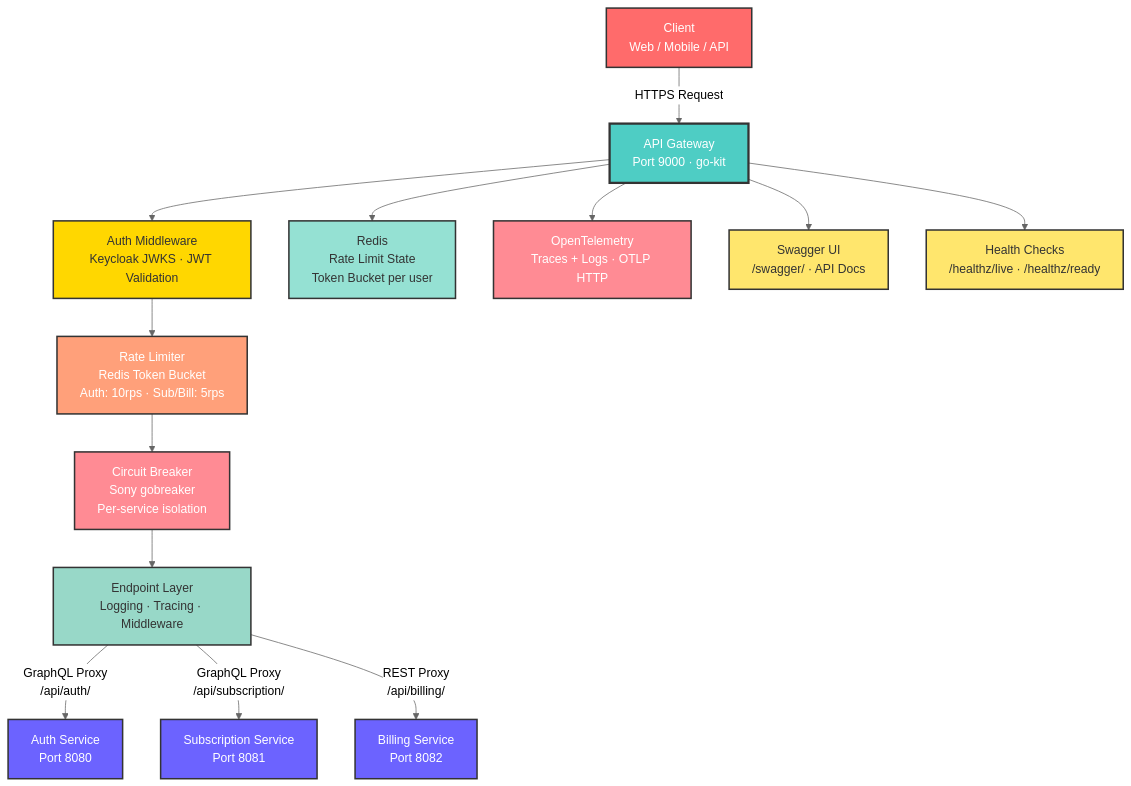
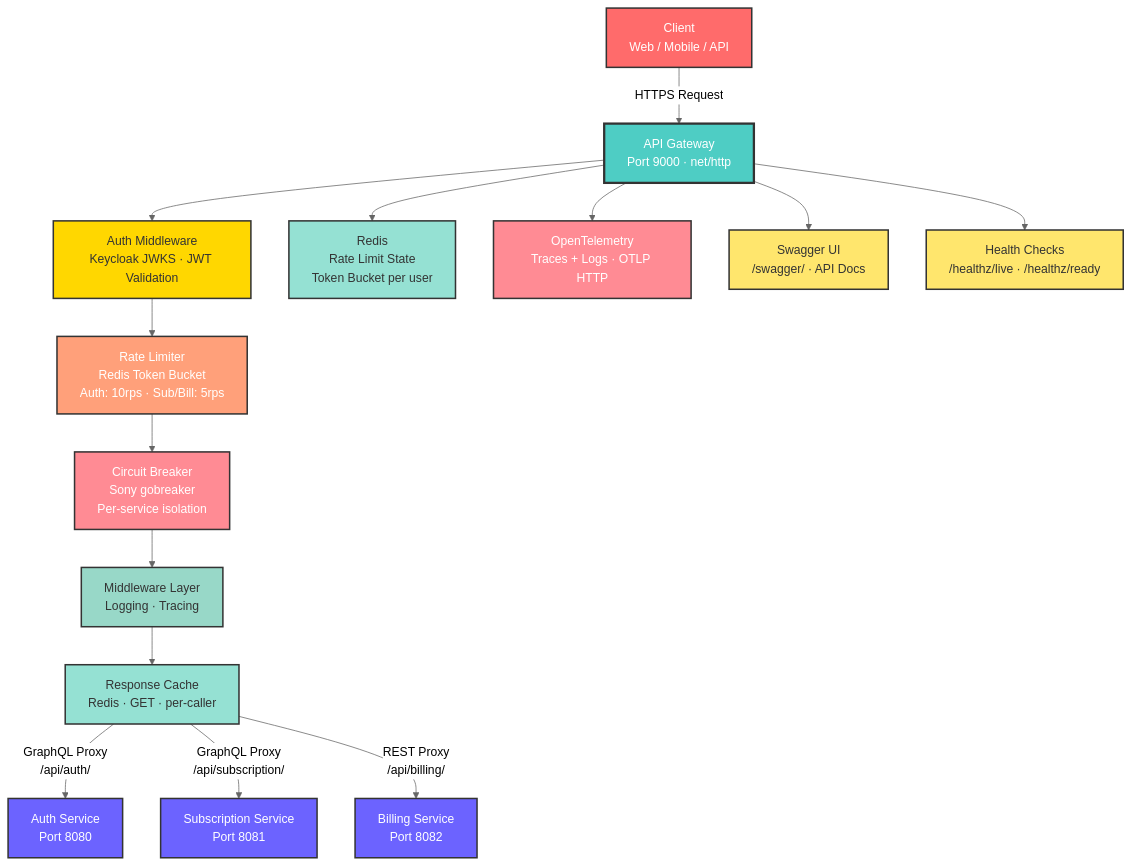
The diagram in README.md (huzaifa678/api-gateway), drawn with Mermaid (neutral theme) before and after one commit. The commit also changed other lines of this file and 1 other file, not shown here.

````diff
--- a/README.md
+++ b/README.md
@@ -13,31 +13,33 @@
 ```mermaid
 graph TD
-    A["Client<br/>Web / Mobile / API"] -->|HTTPS Request| B["API Gateway<br/>Port 9000 · go-kit"]
+    A["Client<br/>Web / Mobile / API"] -->|HTTPS Request| B["API Gateway<br/>Port 9000 · net/http"]
     B --> C["Auth Middleware<br/>Keycloak JWKS · JWT Validation"]
     C --> D["Rate Limiter<br/>Redis Token Bucket<br/>Auth: 10rps · Sub/Bill: 5rps"]
     D --> E["Circuit Breaker<br/>Sony gobreaker<br/>Per-service isolation"]
-    E --> F["Endpoint Layer<br/>Logging · Tracing · Middleware"]
+    E --> F["Middleware Layer<br/>Logging · Tracing"]
+    F --> N["Response Cache<br/>Redis · GET · per-caller"]
 
-    F -->|GraphQL Proxy<br/>/api/auth/| G["Auth Service<br/>Port 8080"]
-    F -->|GraphQL Proxy<br/>/api/subscription/| H["Subscription Service<br/>Port 8081"]
-    F -->|REST Proxy<br/>/api/billing/| I["Billing Service<br/>Port 8082"]
+    N -->|GraphQL Proxy<br/>/api/auth/| G["Auth Service<br/>Port 8080"]
+    N -->|GraphQL Proxy<br/>/api/subscription/| H["Subscription Service<br/>Port 8081"]
+    N -->|REST Proxy<br/>/api/billing/| I["Billing Service<br/>Port 8082"]
 
     B --> J["Redis<br/>Rate Limit State<br/>Token Bucket per user"]
     B --> K["OpenTelemetry<br/>Traces + Logs · OTLP HTTP"]
     B --> L["Swagger UI<br/>/swagger/ · API Docs"]
     B --> M["Health Checks<br/>/healthz/live · /healthz/ready"]
 
     style A fill:#FF6B6B,stroke:#333,color:#fff,stroke-width:2px
     style B fill:#4ECDC4,stroke:#333,color:#fff,stroke-width:3px
     style C fill:#FFD700,stroke:#333,color:#333,stroke-width:2px
     style D fill:#FFA07A,stroke:#333,color:#fff,stroke-width:2px
     style E fill:#FF8B94,stroke:#333,color:#fff,stroke-width:2px
     style F fill:#98D8C8,stroke:#333,color:#333,stroke-width:2px
     style G fill:#6C63FF,stroke:#333,color:#fff,stroke-width:2px
     style H fill:#6C63FF,stroke:#333,color:#fff,stroke-width:2px
     style I fill:#6C63FF,stroke:#333,color:#fff,stroke-width:2px
     style J fill:#95E1D3,stroke:#333,color:#333,stroke-width:2px
     style K fill:#FF8B94,stroke:#333,color:#fff,stroke-width:2px
     style L fill:#FFE66D,stroke:#333,color:#333,stroke-width:2px
     style M fill:#FFE66D,stroke:#333,color:#333,stroke-width:2px
+    style N fill:#95E1D3,stroke:#333,color:#333,stroke-width:2px
 ```
````
